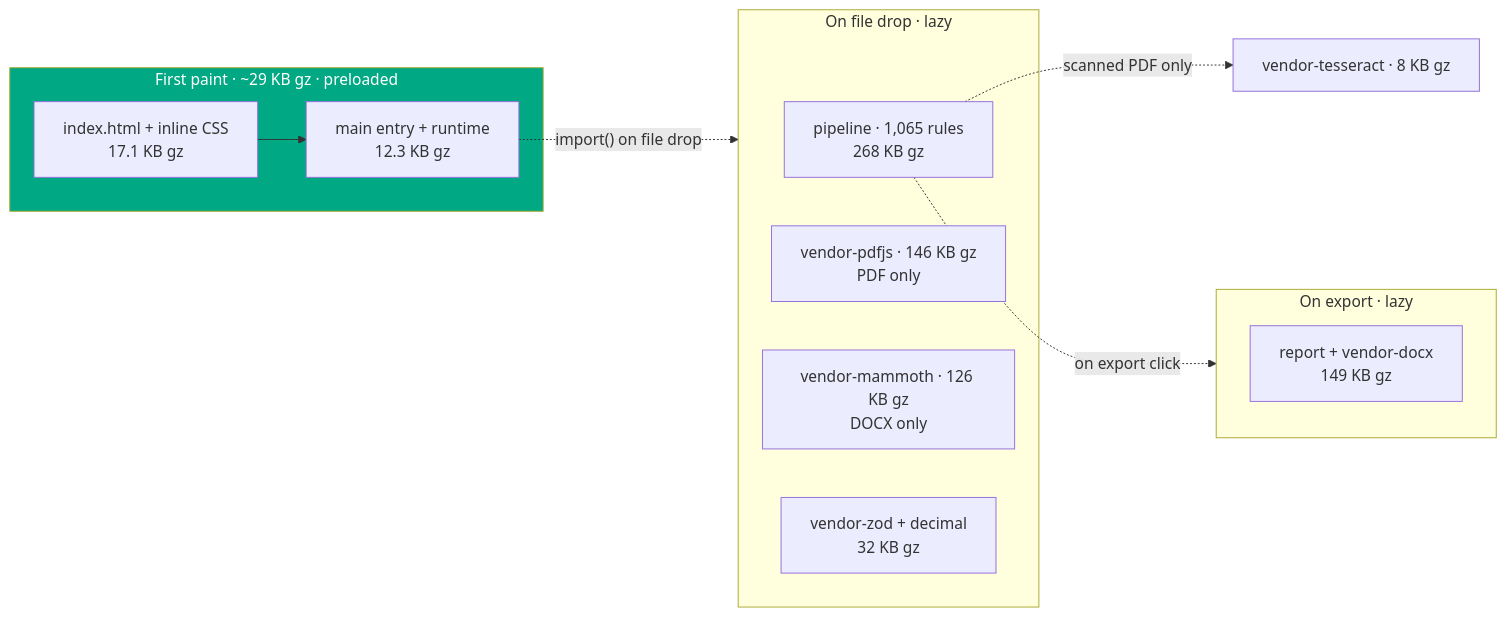
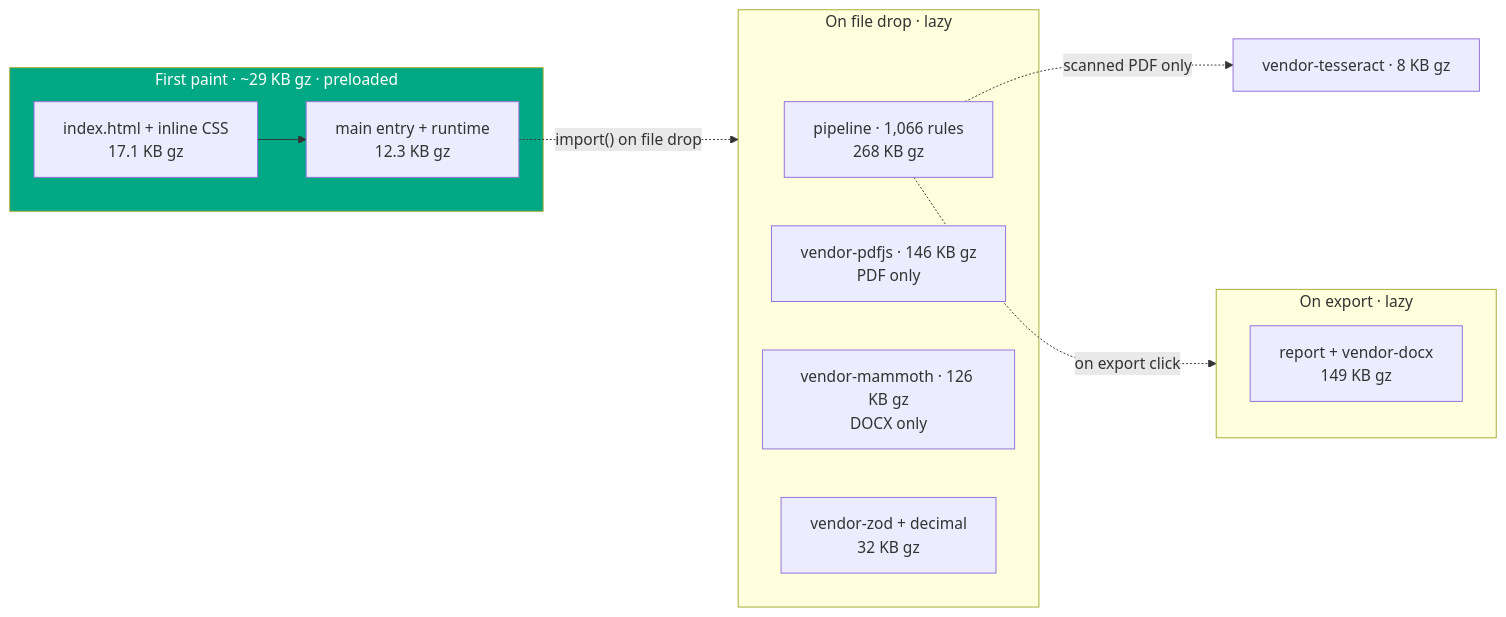
Before and after one commit to clay-good/vaulytica: the tenth of 11 diagrams in README.md, drawn with Mermaid. The commit also changed other lines of this file and 95 other files, not shown here.

````diff
--- a/README.md
+++ b/README.md
@@ -1266,19 +1266,19 @@
 ```mermaid
 flowchart LR
   subgraph FP["First paint · ~29 KB gz · preloaded"]
     H[index.html + inline CSS<br/>17.1 KB gz] --> M[main entry + runtime<br/>12.3 KB gz]
   end
   M -. "import() on file drop" .-> DROP
   subgraph DROP["On file drop · lazy"]
-    P[pipeline · 1,065 rules<br/>268 KB gz]
+    P[pipeline · 1,066 rules<br/>268 KB gz]
     PDF[vendor-pdfjs · 146 KB gz<br/>PDF only]
     DOCXIN[vendor-mammoth · 126 KB gz<br/>DOCX only]
     Z[vendor-zod + decimal<br/>32 KB gz]
   end
   P -. "on export click" .-> EXP
   subgraph EXP["On export · lazy"]
     RPT[report + vendor-docx<br/>149 KB gz]
   end
   P -. "scanned PDF only" .-> OCR[vendor-tesseract · 8 KB gz]
   style FP fill:#00A883,color:#fff
 ```
````
